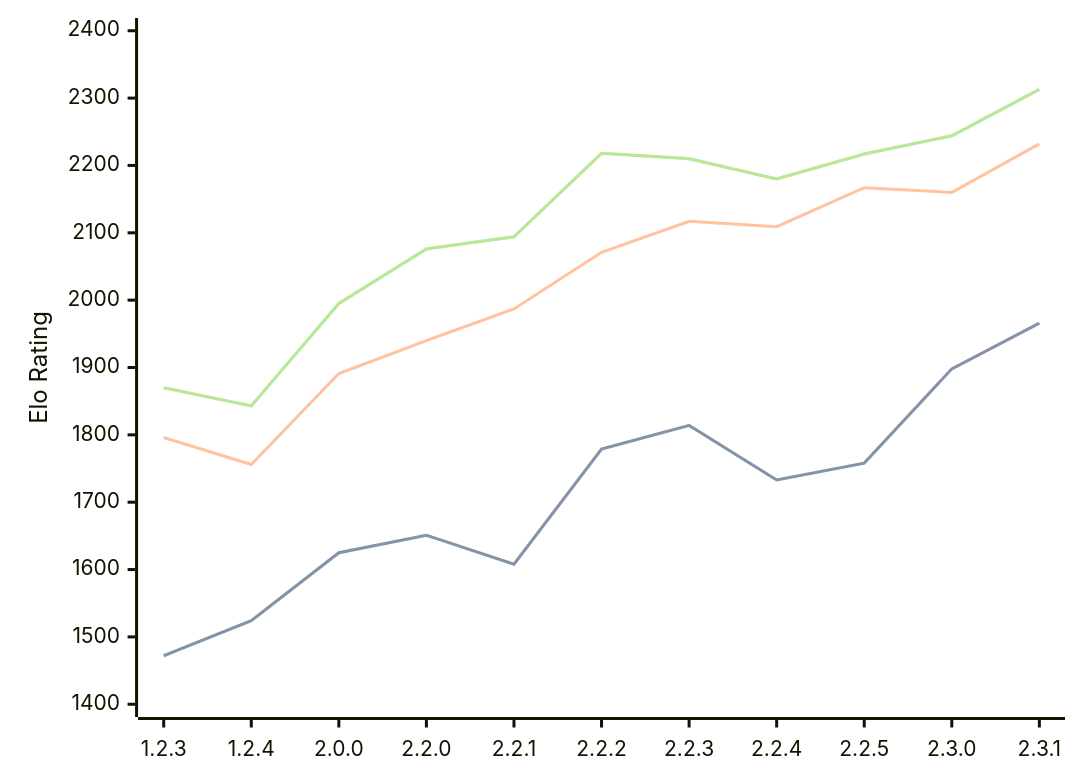
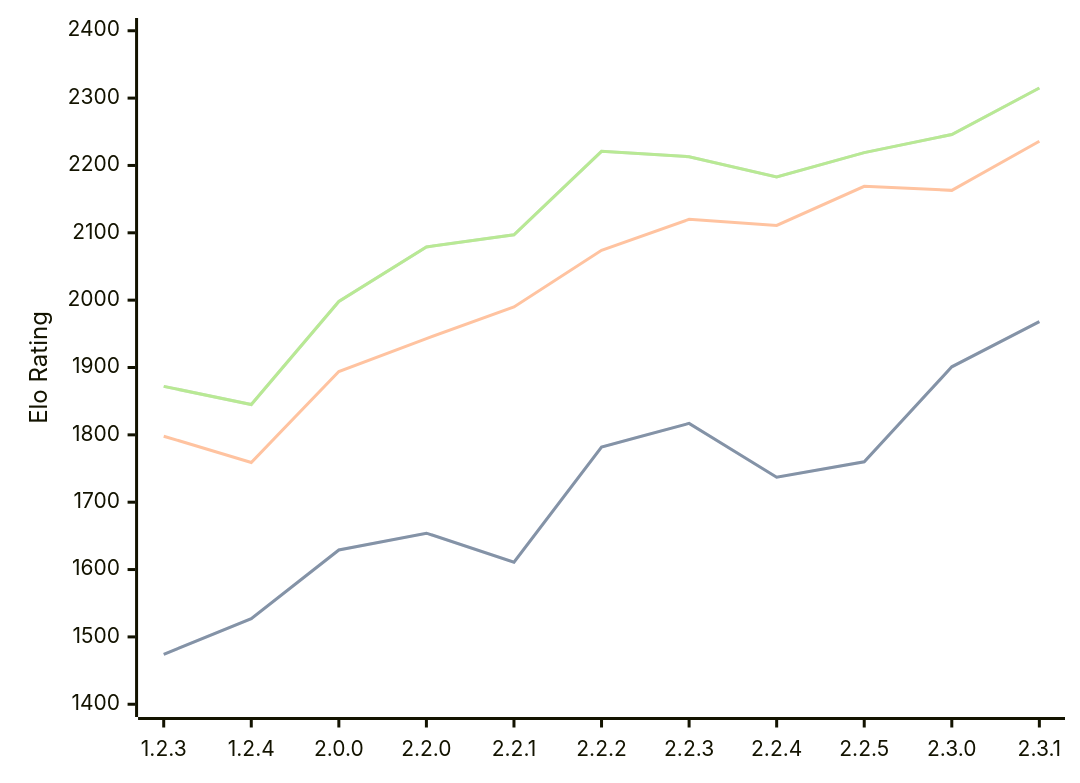
Before and after one commit to computer-chess-index/cci: the diagram in engines/Kreveta.md, drawn with Mermaid. The commit also changed other lines of this file, not shown here.

Commit message:
Update CCI Ratings (ELO VLTC) - 2026-09-24

````diff
--- a/engines/Kreveta.md
+++ b/engines/Kreveta.md
@@ -43,11 +43,11 @@
 ```mermaid
 %%{init: {"theme":"base","themeVariables":{"seriesColors:['#a3a3a3','#222221','#faa371']}}}%%
 xychart-beta
   x-axis ["1.2.3", "1.2.4", "2.0.0", "2.2.0", "2.2.1", "2.2.2", "2.2.3", "2.2.4", "2.2.5", "2.3.0", "2.3.1"]
   y-axis "Elo Rating" 1400 --> 2400
-  line "" [1472, 1524, 1625, 1651, 1608, 1779, 1814, 1733, 1758, 1898, 1966]
-  line "STC (8.0+0.08s)" [1472, 1524, 1625, 1651, 1608, 1779, 1814, 1733, 1758, 1898, 1966]
-  line "LTC (60.0+0.60s)" [1796, 1756, 1891, 1940, 1987, 2071, 2117, 2109, 2167, 2160, 2232]
-  line "" [1870, 1843, 1995, 2076, 2094, 2218, 2210, 2180, 2217, 2244, 2313]
-  line "VLTC (2m24s+1.12s)" [1870, 1843, 1995, 2076, 2094, 2218, 2210, 2180, 2217, 2244, 2313]
+  line "" [1474, 1527, 1629, 1654, 1611, 1782, 1817, 1737, 1760, 1901, 1968]
+  line "STC (8.0+0.08s)" [1474, 1527, 1629, 1654, 1611, 1782, 1817, 1737, 1760, 1901, 1968]
+  line "LTC (60.0+0.60s)" [1798, 1759, 1894, 1943, 1990, 2074, 2120, 2111, 2169, 2163, 2236]
+  line "" [1872, 1845, 1998, 2079, 2097, 2221, 2213, 2183, 2219, 2246, 2315]
+  line "VLTC (2m24s+1.12s)" [1872, 1845, 1998, 2079, 2097, 2221, 2213, 2183, 2219, 2246, 2315]
 ```
````
